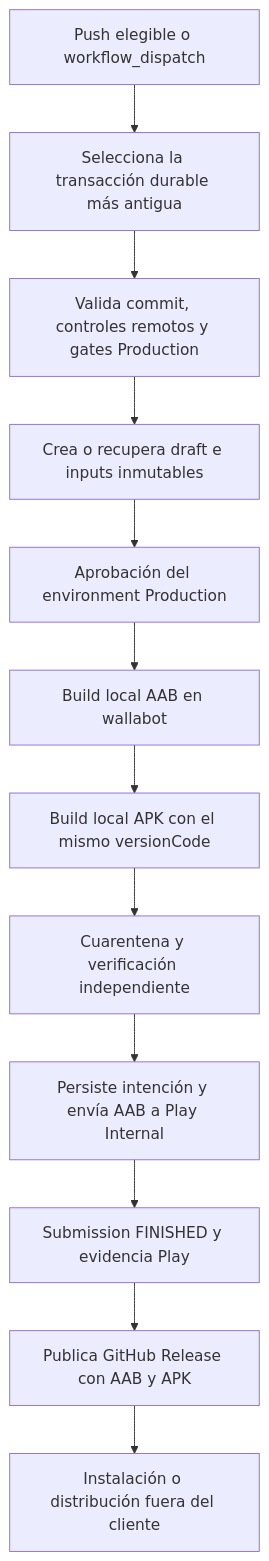
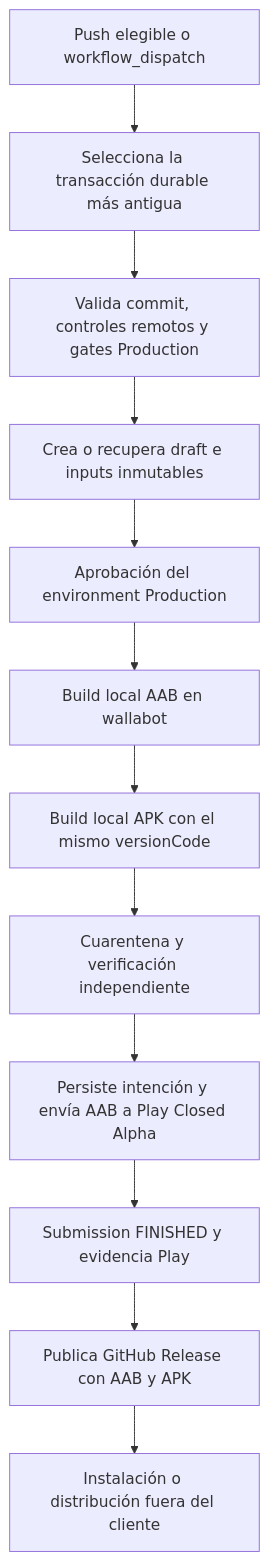
Before and after one commit to maximofn/gymnasia: the second of 2 diagrams in openwiki/integrations/vivagym-and-updates.md, drawn with Mermaid. The commit also changed other lines of this file and 39 other files, not shown here.

````diff
--- a/openwiki/integrations/vivagym-and-updates.md
+++ b/openwiki/integrations/vivagym-and-updates.md
@@ -109,14 +113,14 @@
 ```mermaid
 flowchart TD
     Trigger["Push elegible o workflow_dispatch"] --> Select["Selecciona la transacción durable más antigua"]
     Select --> Source["Valida commit, controles remotos y gates Production"]
     Source --> Draft["Crea o recupera draft e inputs inmutables"]
     Draft --> Approval["Aprobación del environment Production"]
     Approval --> BuildAAB["Build local AAB en wallabot"]
     BuildAAB --> BuildAPK["Build local APK con el mismo versionCode"]
     BuildAPK --> Quarantine["Cuarentena y verificación independiente"]
-    Quarantine --> PlayIntent["Persiste intención y envía AAB a Play Internal"]
+    Quarantine --> PlayIntent["Persiste intención y envía AAB a Play Closed Alpha"]
     PlayIntent --> PlayDone["Submission FINISHED y evidencia Play"]
     PlayDone --> Publish["Publica GitHub Release con AAB y APK"]
     Publish --> External["Instalación o distribución fuera del cliente"]
 ```
````
